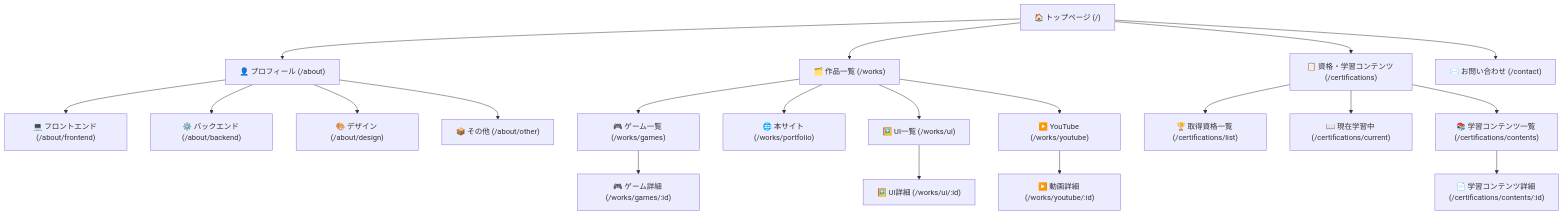
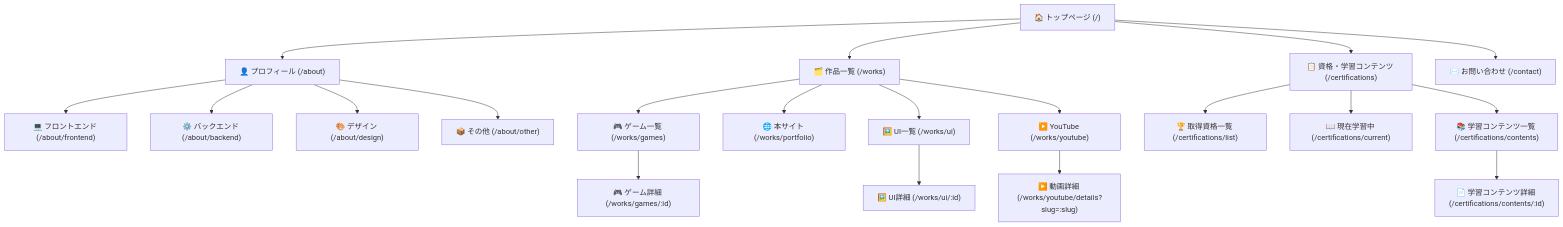
Before and after one commit to kuroHigasi/site-plan-private: the first of 3 diagrams in 01_DOCS/02_サイト構成/画面遷移図.md, drawn with Mermaid. The commit also changed 9 other files, not shown here.

Commit message:
update: YouTube動画詳細ページのURL形式をスラッグ利用のクエリパラメータ方式（`/works/youtube/details?slug={slug}`）に変更し、ドキュメント・API・DBML・サイト構成図を更新。ビルド不要での動画詳細追加を可能にする運用方式を導入。

````diff
--- a/01_DOCS/02_サイト構成/画面遷移図.md
+++ b/01_DOCS/02_サイト構成/画面遷移図.md
@@ -9,47 +9,47 @@
 ```mermaid
 flowchart TD
     TOP["🏠 トップページ (/)"]
     ABOUT["👤 プロフィール (/about)"]
     ABOUT_FE["💻 フロントエンド (/about/frontend)"]
     ABOUT_BE["⚙️ バックエンド (/about/backend)"]
     ABOUT_DESIGN["🎨 デザイン (/about/design)"]
     ABOUT_OTHER["📦 その他 (/about/other)"]
     WORKS["🗂️ 作品一覧 (/works)"]
     GAMES["🎮 ゲーム一覧 (/works/games)"]
     GAME_DETAIL["🎮 ゲーム詳細 (/works/games/:id)"]
     PORTFOLIO["🌐 本サイト (/works/portfolio)"]
     UI["🖼️ UI一覧 (/works/ui)"]
     UI_DETAIL["🖼️ UI詳細 (/works/ui/:id)"]
     YOUTUBE["▶️ YouTube (/works/youtube)"]
-    YOUTUBE_DETAIL["▶️ 動画詳細 (/works/youtube/:id)"]
+    YOUTUBE_DETAIL["▶️ 動画詳細 (/works/youtube/details?slug=:slug)"]
     CERT["📋 資格・学習コンテンツ (/certifications)"]
     CERT_LIST["🏆 取得資格一覧 (/certifications/list)"]
     CERT_CURRENT["📖 現在学習中 (/certifications/current)"]
     CERT_CONTENTS["📚 学習コンテンツ一覧 (/certifications/contents)"]
     CERT_DETAIL["📄 学習コンテンツ詳細 (/certifications/contents/:id)"]
     CONTACT["✉️ お問い合わせ (/contact)"]
 
     TOP --> ABOUT
     TOP --> WORKS
     TOP --> CERT
     TOP --> CONTACT
 
     ABOUT --> ABOUT_FE
     ABOUT --> ABOUT_BE
     ABOUT --> ABOUT_DESIGN
     ABOUT --> ABOUT_OTHER
 
     WORKS --> GAMES
     WORKS --> PORTFOLIO
     WORKS --> UI
     WORKS --> YOUTUBE
 
     GAMES --> GAME_DETAIL
     UI --> UI_DETAIL
     YOUTUBE --> YOUTUBE_DETAIL
 
     CERT --> CERT_LIST
     CERT --> CERT_CURRENT
     CERT --> CERT_CONTENTS
     CERT_CONTENTS --> CERT_DETAIL
 ```
````
